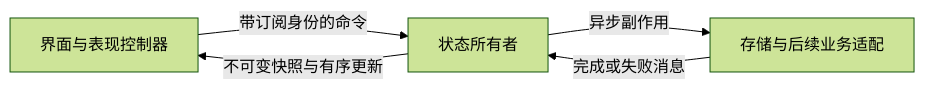
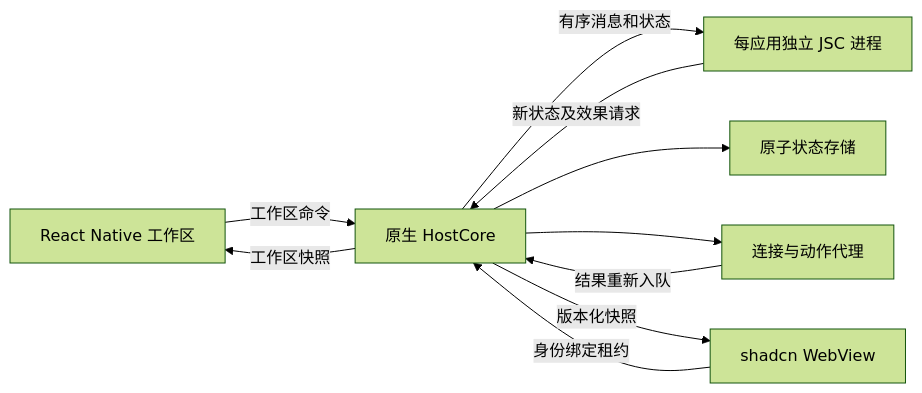
One commit to dingdalong/skynet_agent changed the diagram in docs/architecture/CLIENT_RUNTIME.md. Above: the diagram before and after it, drawn with Mermaid (forest theme). The commit also changed other lines of this file and 325 other files, not shown here.

````diff
--- a/docs/architecture/CLIENT_RUNTIME.md
+++ b/docs/architecture/CLIENT_RUNTIME.md
@@ -14,7 +13,12 @@
 ```mermaid
 flowchart LR
-    View[界面与表现控制器] -->|带订阅身份的命令| Actor[状态所有者]
-    Actor -->|不可变快照与有序更新| View
-    Actor -->|异步副作用| Adapter[存储与后续业务适配]
-    Adapter -->|完成或失败消息| Actor
+    Shell[React Native 工作区] -->|工作区命令| Host[原生 HostCore]
+    View[shadcn WebView] -->|身份绑定租约| Host
+    Host -->|有序消息和状态| Actor[每应用独立 JSC 进程]
+    Actor -->|新状态及效果请求| Host
+    Host --> Store[原子状态存储]
+    Host --> Broker[连接与动作代理]
+    Broker -->|结果重新入队| Host
+    Host -->|版本化快照| View
+    Host -->|工作区快照| Shell
 ```
````
